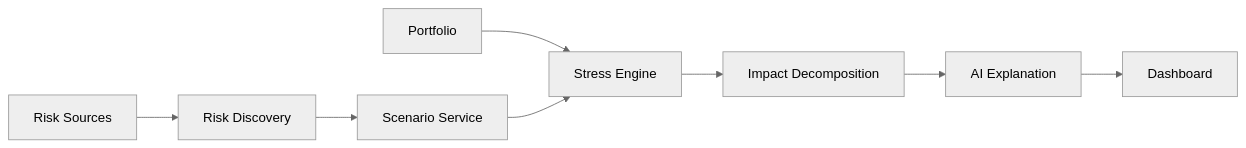
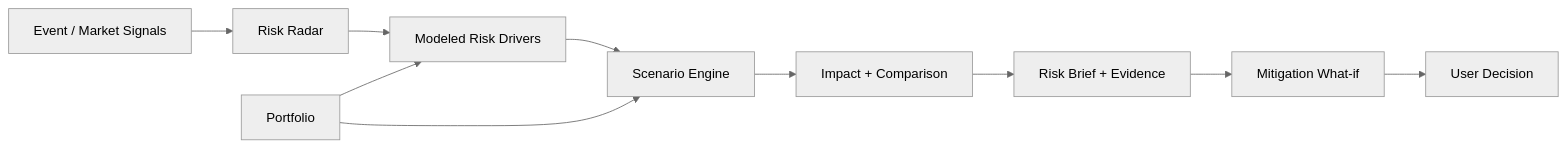
One commit to RagulinArtem/Risk_Sandbox changed the first of 2 diagrams in docs/ARCHITECTURE.md. Above: the diagram before and after it, drawn with Mermaid (neutral theme). The commit also changed other lines of this file and 50 other files, not shown here.

Commit message:
feat: add event-driven portfolio risk cockpit

````diff
--- a/docs/ARCHITECTURE.md
+++ b/docs/ARCHITECTURE.md
@@ -5,10 +5,12 @@
 ```mermaid
 flowchart LR
-    A[Risk Sources] --> B[Risk Discovery]
-    B --> C[Scenario Service]
-    D[Portfolio] --> E[Stress Engine]
-    C --> E
-    E --> F[Impact Decomposition]
-    F --> G[AI Explanation]
-    G --> H[Dashboard]
+    A[Event / Market Signals] --> B[Risk Radar]
+    D[Portfolio] --> C[Modeled Risk Drivers]
+    B --> C
+    C --> E[Scenario Engine]
+    D --> E
+    E --> F[Impact + Comparison]
+    F --> G[Risk Brief + Evidence]
+    G --> H[Mitigation What-if]
+    H --> I[User Decision]
 ```
````
